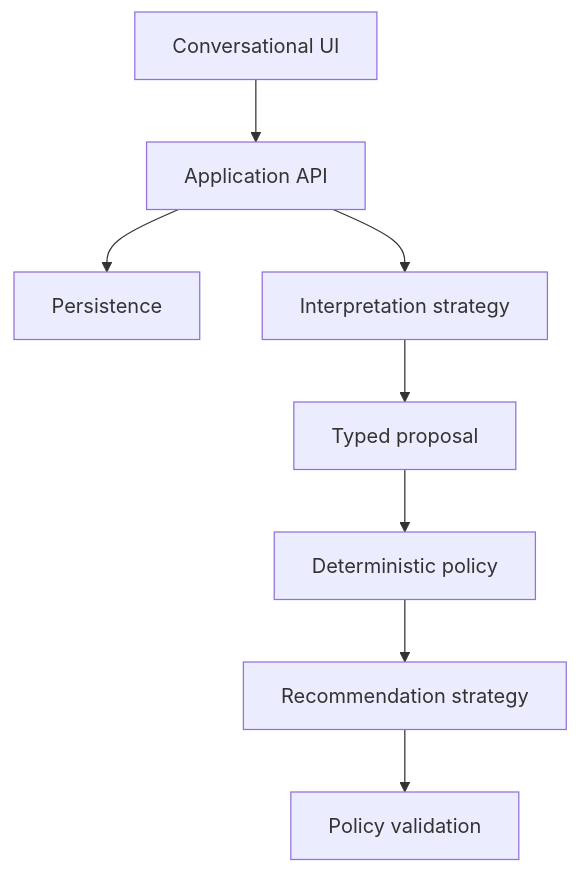
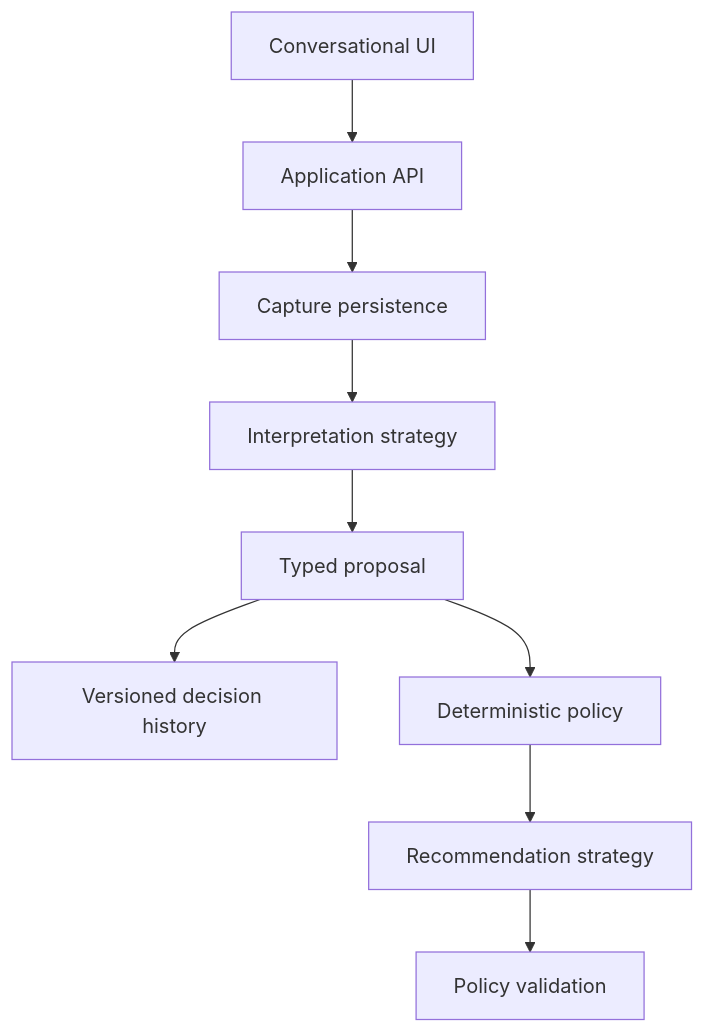
Before and after one commit to rootkow/weavance: the diagram in docs/architecture.md, drawn with Mermaid. The commit also changed other lines of this file and 8 other files, not shown here.

````diff
--- a/docs/architecture.md
+++ b/docs/architecture.md
@@ -5,10 +19,11 @@
 ```mermaid
 flowchart TD
     UI["Conversational UI"] --> API["Application API"]
-    API --> STORE["Persistence"]
-    API --> INTERPRET["Interpretation strategy"]
+    API --> STORE["Capture persistence"]
+    STORE --> INTERPRET["Interpretation strategy"]
     INTERPRET --> PROPOSAL["Typed proposal"]
+    PROPOSAL --> HISTORY["Versioned decision history"]
     PROPOSAL --> POLICY["Deterministic policy"]
     POLICY --> RECOMMEND["Recommendation strategy"]
     RECOMMEND --> VALIDATE["Policy validation"]
 ```
````
